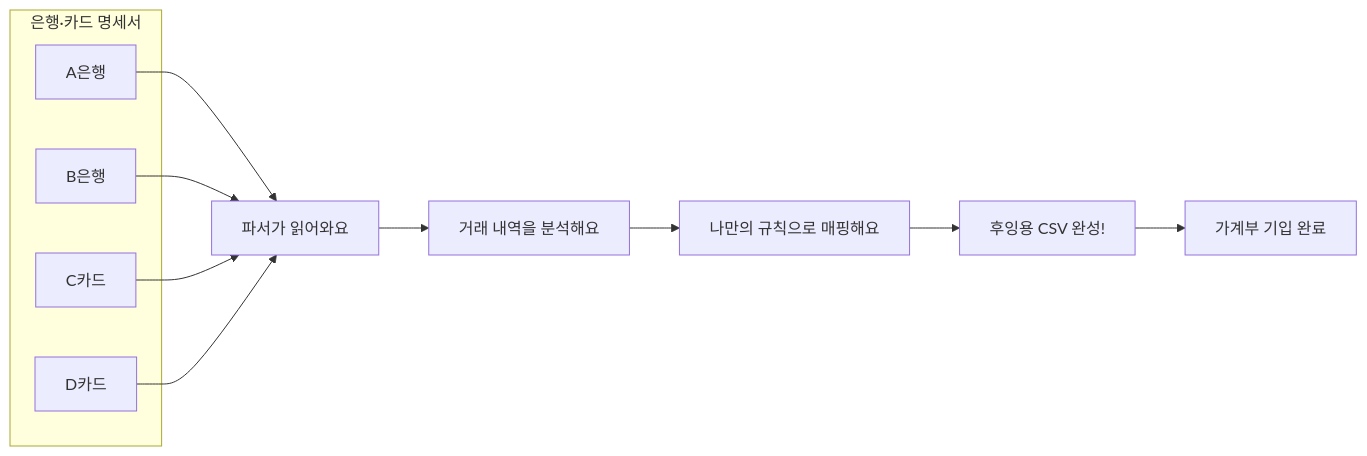
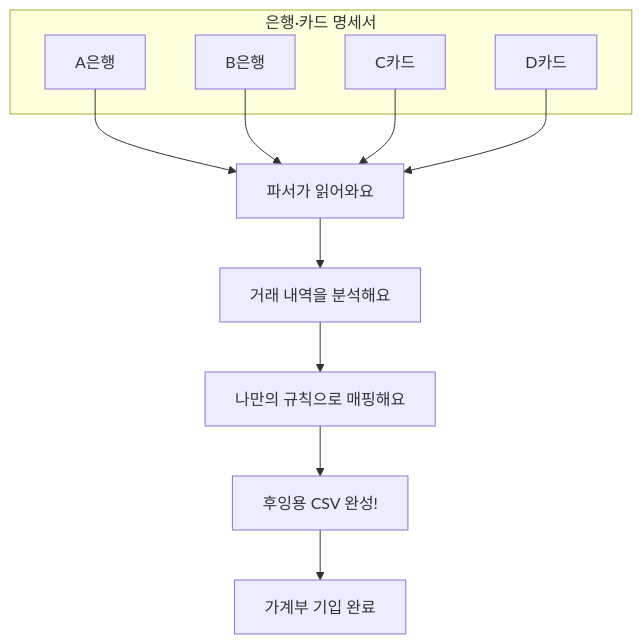
Before and after one commit to newhigen/blog-tech: the diagram in src/content/projects/whooing-tools.md, drawn with Mermaid. The commit also changed other lines of this file and 22 other files, not shown here.

````diff
--- a/src/content/projects/whooing-tools.md
+++ b/src/content/projects/whooing-tools.md
@@ -23,15 +26,15 @@
 ```mermaid
-flowchart LR
+flowchart TB
   subgraph 원천["은행·카드 명세서"]
     A1[A은행]
     A2[B은행]
     A3[C카드]
     A4[D카드]
   end
 
   A1 & A2 & A3 & A4 --> B[파서가 읽어와요]
   B --> C[거래 내역을 분석해요]
   C --> D[나만의 규칙으로 매핑해요]
   D --> E[후잉용 CSV 완성!]
   E --> F[가계부 기입 완료]
 ```
````
